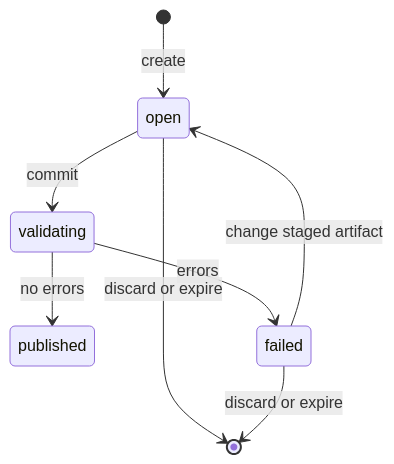
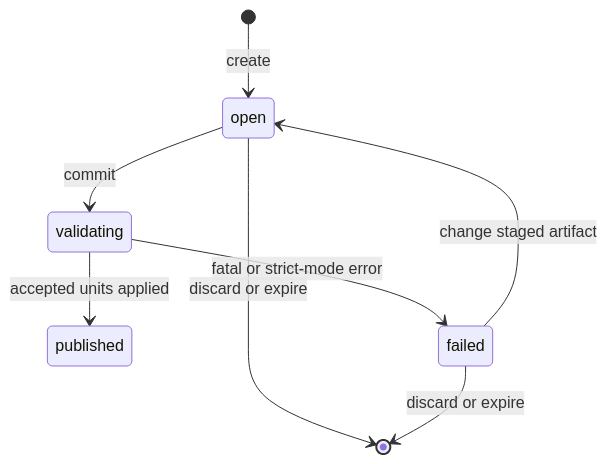
One commit to open-resource-discovery/specification changed the second of 2 diagrams in docs/spec-v1/index.md. Above: the diagram before and after it, drawn with Mermaid. The commit also changed other lines of this file and 6 other files, not shown here.

````diff
--- a/docs/spec-v1/index.md
+++ b/docs/spec-v1/index.md
@@ -282,10 +292,10 @@
 ```mermaid
 stateDiagram-v2
     [*] --> open: create
     open --> validating: commit
-    validating --> published: no errors
-    validating --> failed: errors
+    validating --> published: accepted units applied
+    validating --> failed: fatal or strict-mode error
     failed --> open: change staged artifact
     open --> [*]: discard or expire
     failed --> [*]: discard or expire
 ```
````
